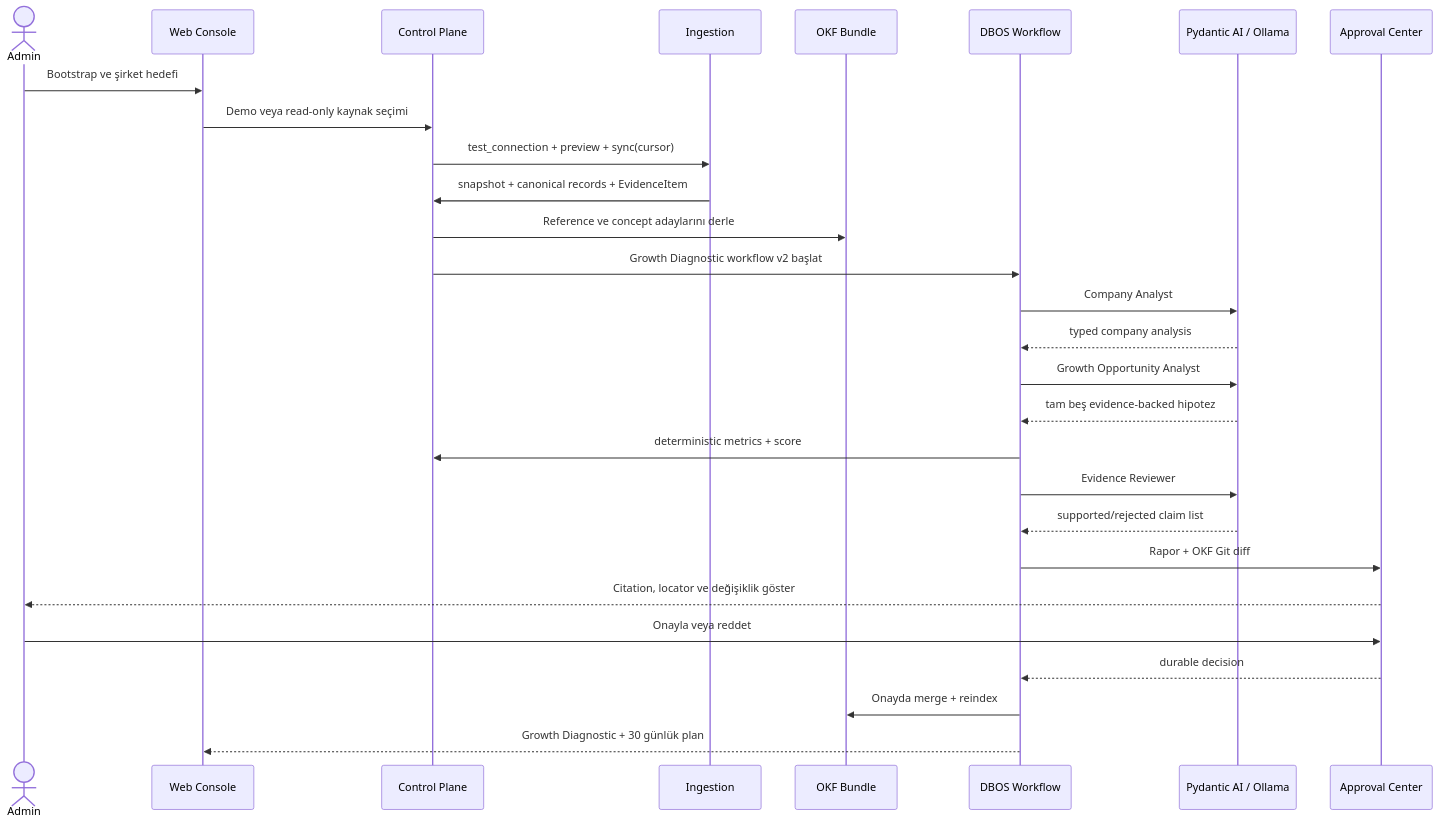
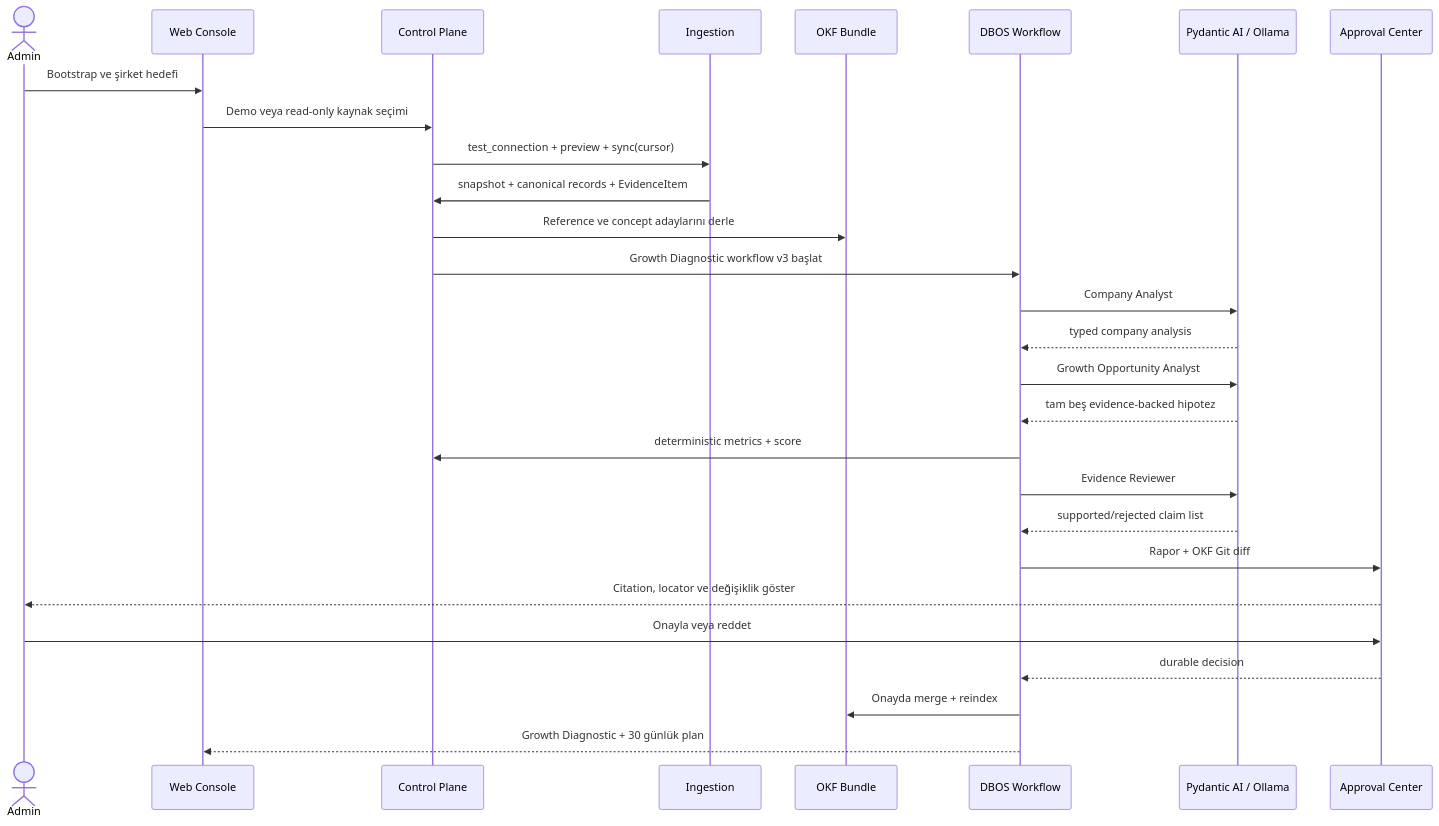
The second of 6 diagrams in docs/PROJECT_ARCHITECTURE.md (beratolmez/agenstfer-agi), drawn with Mermaid before and after one commit. The commit also changed other lines of this file and 26 other files, not shown here.

````diff
--- a/docs/PROJECT_ARCHITECTURE.md
+++ b/docs/PROJECT_ARCHITECTURE.md
@@ -112,31 +112,31 @@
 ```mermaid
 sequenceDiagram
     actor Admin
     participant UI as Web Console
     participant CP as Control Plane
     participant ING as Ingestion
     participant OKF as OKF Bundle
     participant WF as DBOS Workflow
     participant AI as Pydantic AI / Ollama
     participant APR as Approval Center
 
     Admin->>UI: Bootstrap ve şirket hedefi
     UI->>CP: Demo veya read-only kaynak seçimi
     CP->>ING: test_connection + preview + sync(cursor)
     ING->>CP: snapshot + canonical records + EvidenceItem
     CP->>OKF: Reference ve concept adaylarını derle
-    CP->>WF: Growth Diagnostic workflow v2 başlat
+    CP->>WF: Growth Diagnostic workflow v3 başlat
     WF->>AI: Company Analyst
     AI-->>WF: typed company analysis
     WF->>AI: Growth Opportunity Analyst
     AI-->>WF: tam beş evidence-backed hipotez
     WF->>CP: deterministic metrics + score
     WF->>AI: Evidence Reviewer
     AI-->>WF: supported/rejected claim list
     WF->>APR: Rapor + OKF Git diff
     APR-->>Admin: Citation, locator ve değişiklik göster
     Admin->>APR: Onayla veya reddet
     APR-->>WF: durable decision
     WF->>OKF: Onayda merge + reindex
     WF-->>UI: Growth Diagnostic + 30 günlük plan
 ```
````
